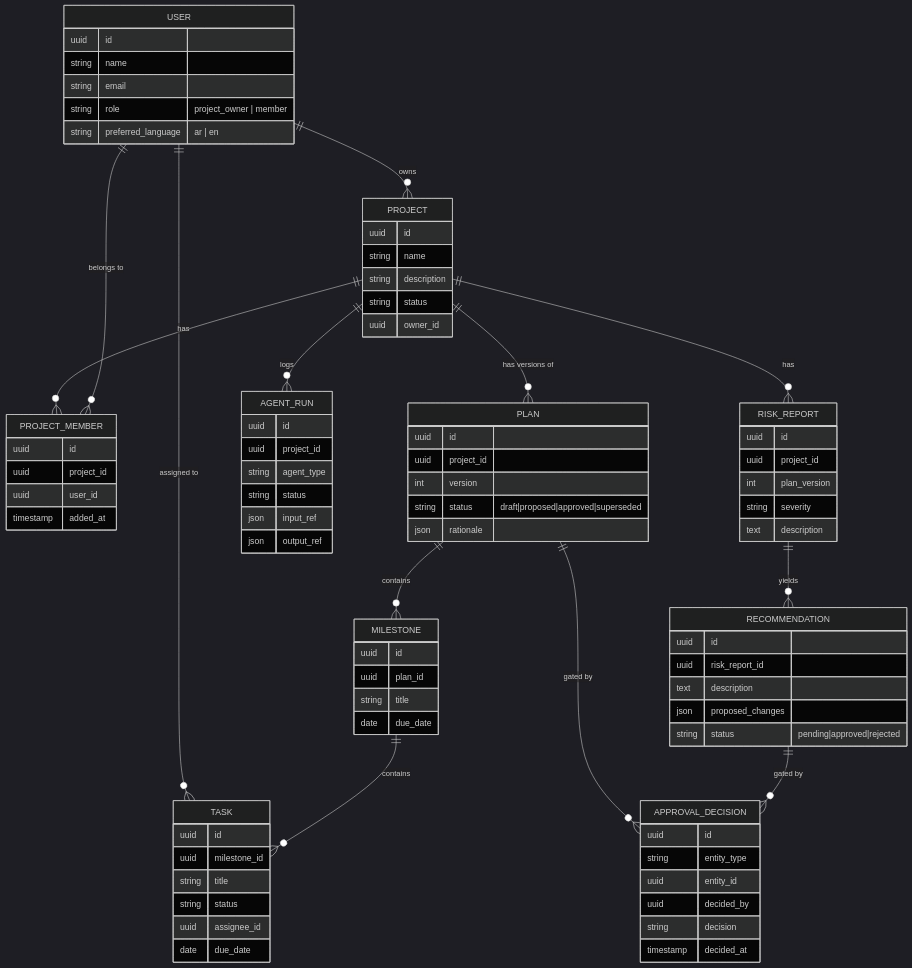
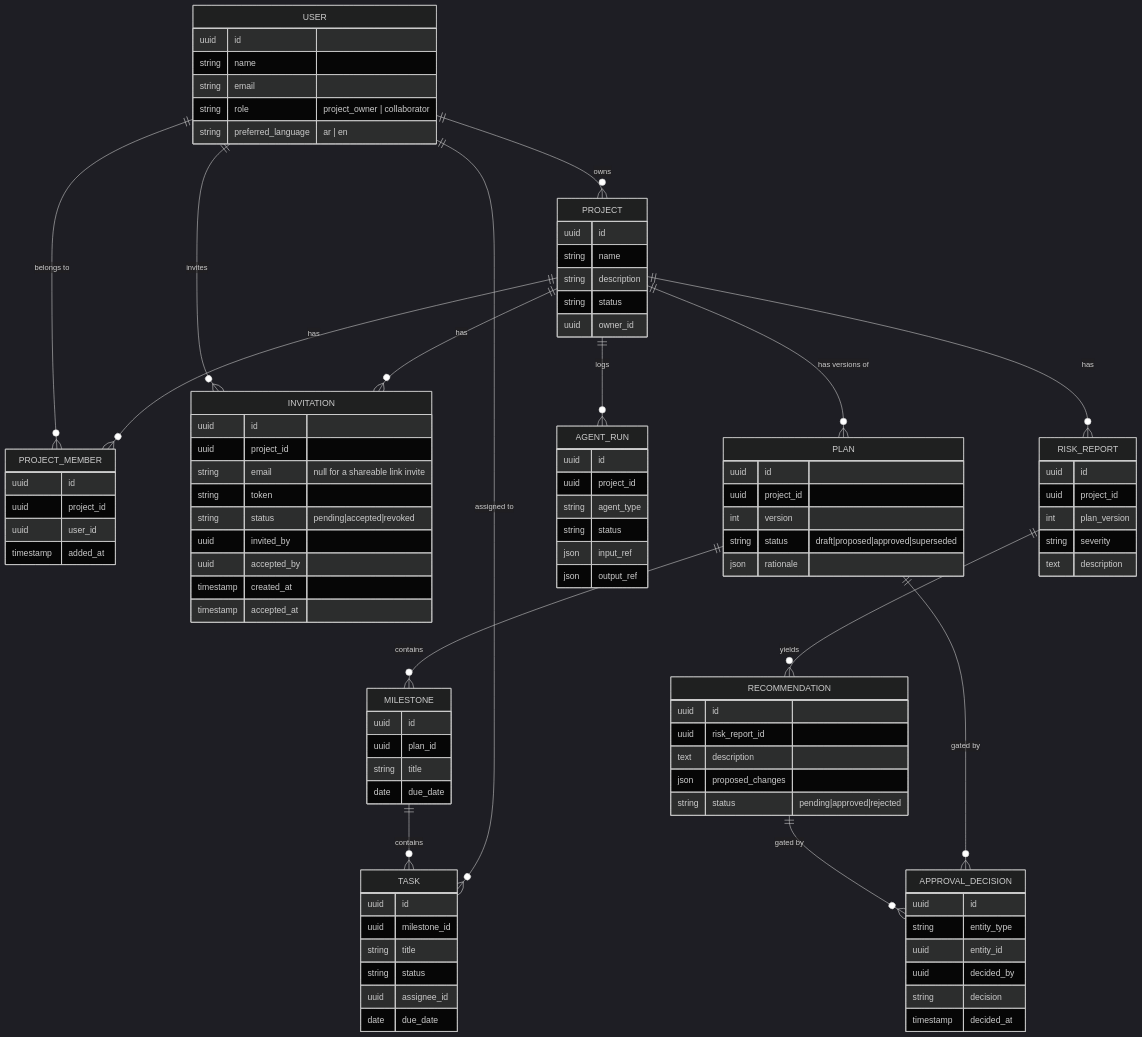
Before and after one commit to alotaibiaseel22-ops/CapstonePilot: the fourth of 4 diagrams in docs/architecture.md, drawn with Mermaid (dark theme). The commit also changed other lines of this file and 43 other files, not shown here.

First line of the commit message:
Simplify roles to Project Owner / Collaborator; real invitations replace direct-add

```diff
--- a/docs/architecture.md
+++ b/docs/architecture.md
@@ -154,6 +154,8 @@
     USER ||--o{ TASK : "assigned to"
     PROJECT ||--o{ PROJECT_MEMBER : has
     USER ||--o{ PROJECT_MEMBER : "belongs to"
+    PROJECT ||--o{ INVITATION : has
+    USER ||--o{ INVITATION : invites
     PROJECT ||--o{ PLAN : "has versions of"
     PLAN ||--o{ MILESTONE : contains
     MILESTONE ||--o{ TASK : contains
@@ -167,7 +169,7 @@
         uuid id
         string name
         string email
-        string role "project_owner | member"
+        string role "project_owner | collaborator"
         string preferred_language "ar | en"
     }
     PROJECT {
@@ -182,6 +184,17 @@
         uuid project_id
         uuid user_id
         timestamp added_at
+    }
+    INVITATION {
+        uuid id
+        uuid project_id
+        string email "null for a shareable link invite"
+        string token
+        string status "pending|accepted|revoked"
+        uuid invited_by
+        uuid accepted_by
+        timestamp created_at
+        timestamp accepted_at
     }
     PLAN {
         uuid id
```
